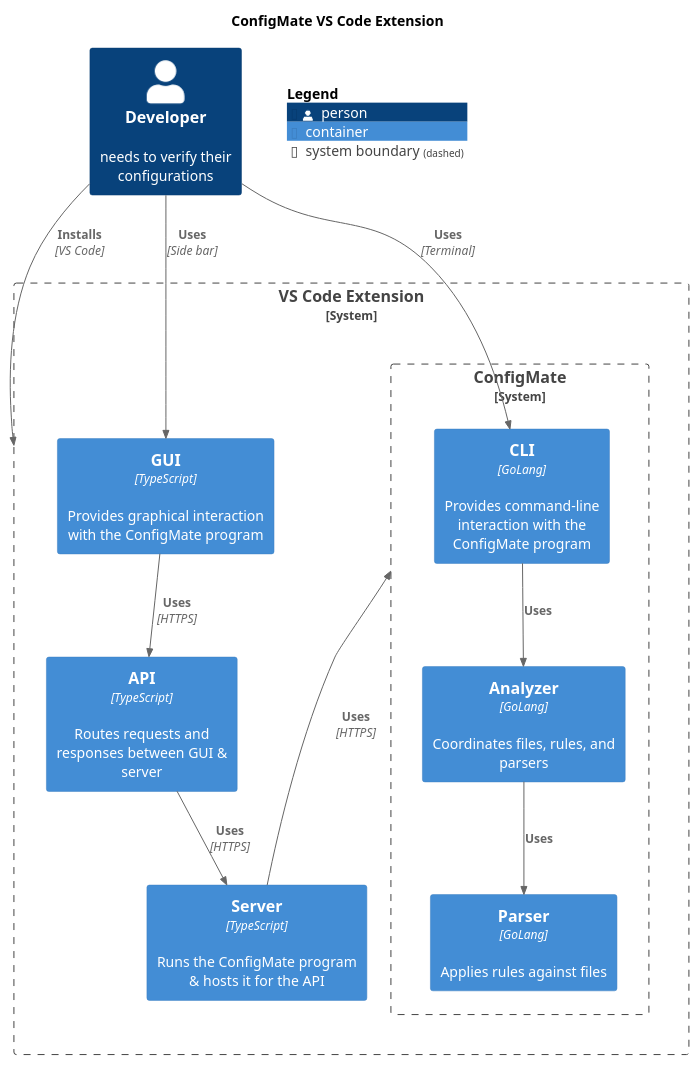
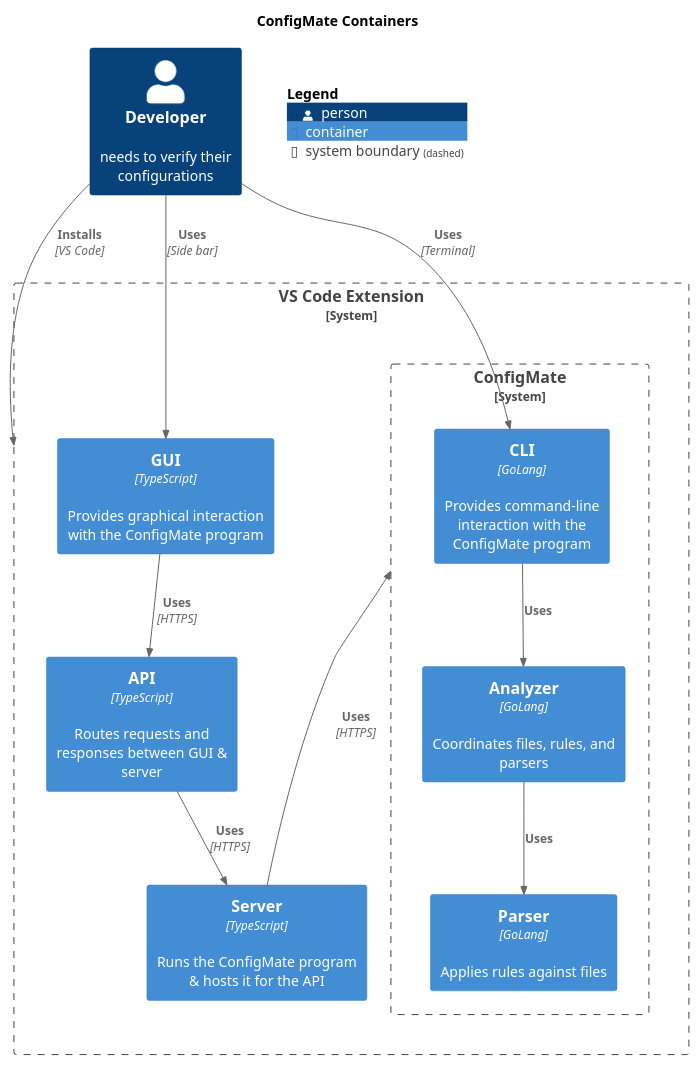
The diagram in diagrams/src/c4.plantuml (ConfigMate/configmate-gui), drawn with PlantUML before and after one commit. The commit also changed 2 other files, not shown here.

Commit message:
architecture-diagrams

```diff
--- a/diagrams/src/c4.plantuml
+++ b/diagrams/src/c4.plantuml
@@ -1,27 +1,27 @@
-@startuml c1
+@startuml c4
 !include  https://raw.githubusercontent.com/plantuml-stdlib/C4-PlantUML/master/C4_Container.puml
 
-title ConfigMate VS Code Extension
+title ConfigMate Containers
 
 Person(user, "Developer", "needs to verify their configurations")
 System_Boundary(extension, "VS Code Extension") {
 	Container(gui, "GUI", "TypeScript", "Provides graphical interaction with the ConfigMate program")
 	Container(api, "API", "TypeScript", "Routes requests and responses between GUI & server")
 	Container(server, "Server", "TypeScript", "Runs the ConfigMate program & hosts it for the API")
 	System_Boundary(configmate, "ConfigMate") {
 		Container(cli, "CLI", "GoLang", "Provides command-line interaction with the ConfigMate program")
 		Container(analyzer, "Analyzer", "GoLang", "Coordinates files, rules, and parsers")
 		Container(parser, "Parser", "GoLang", "Applies rules against files")
 	}
 }
 Rel(user, extension, "Installs", "VS Code")
 Rel(gui, api, "Uses", "HTTPS")
 Rel(api, server, "Uses", "HTTPS")
 Rel_U(server, configmate, "Uses", "HTTPS")
 Rel(user, gui, "Uses", "Side bar")
 Rel(user, cli, "Uses", "Terminal")
 Rel(cli, analyzer, "Uses")
 Rel(analyzer, parser, "Uses")
 Lay_Distance(cli,server,1)
 SHOW_FLOATING_LEGEND()
 @enduml
```
